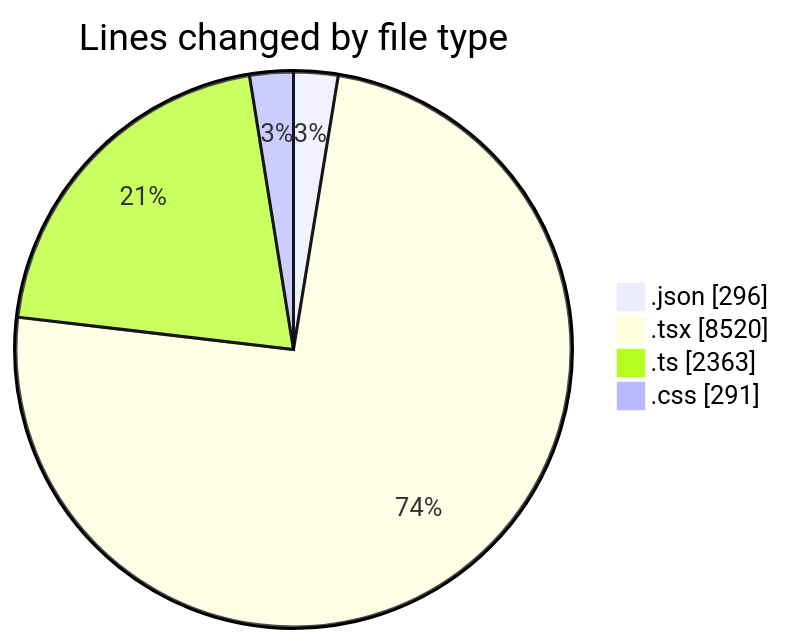
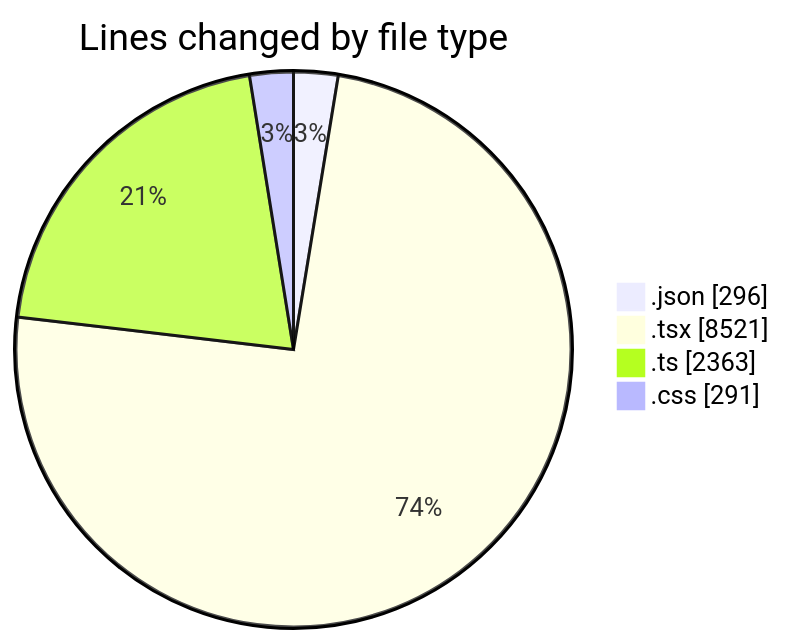
The first of 2 diagrams in 2025-10-07/eventscop-frontend-guide__workspace_/README.md (julien-gomy/code-tracking), drawn with Mermaid before and after one commit. The commit also changed other lines of this file and 1 other file, not shown here.

````diff
--- a/2025-10-07/eventscop-frontend-guide__workspace_/README.md
+++ b/2025-10-07/eventscop-frontend-guide__workspace_/README.md
@@ -82,8 +82,8 @@
 ```mermaid
 pie showData
 title Lines changed by file type
 ".json" : 296
-".tsx" : 8520
+".tsx" : 8521
 ".ts" : 2363
 ".css" : 291
 ```
````
